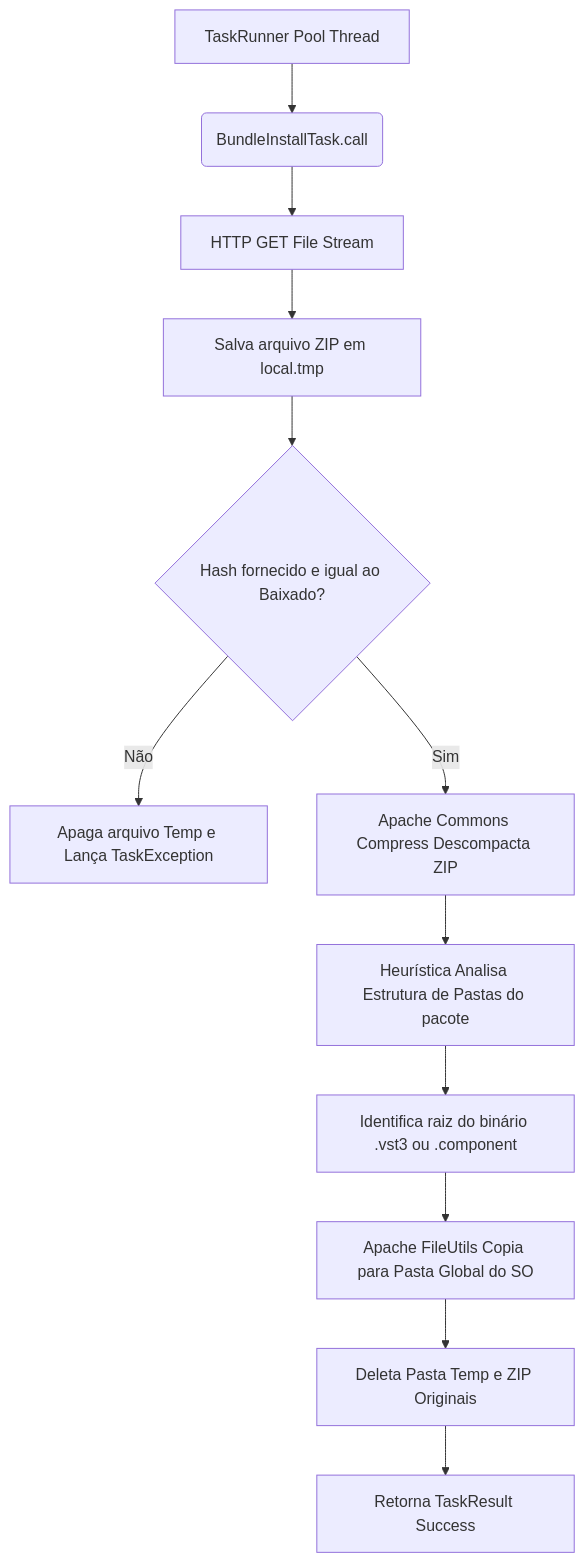
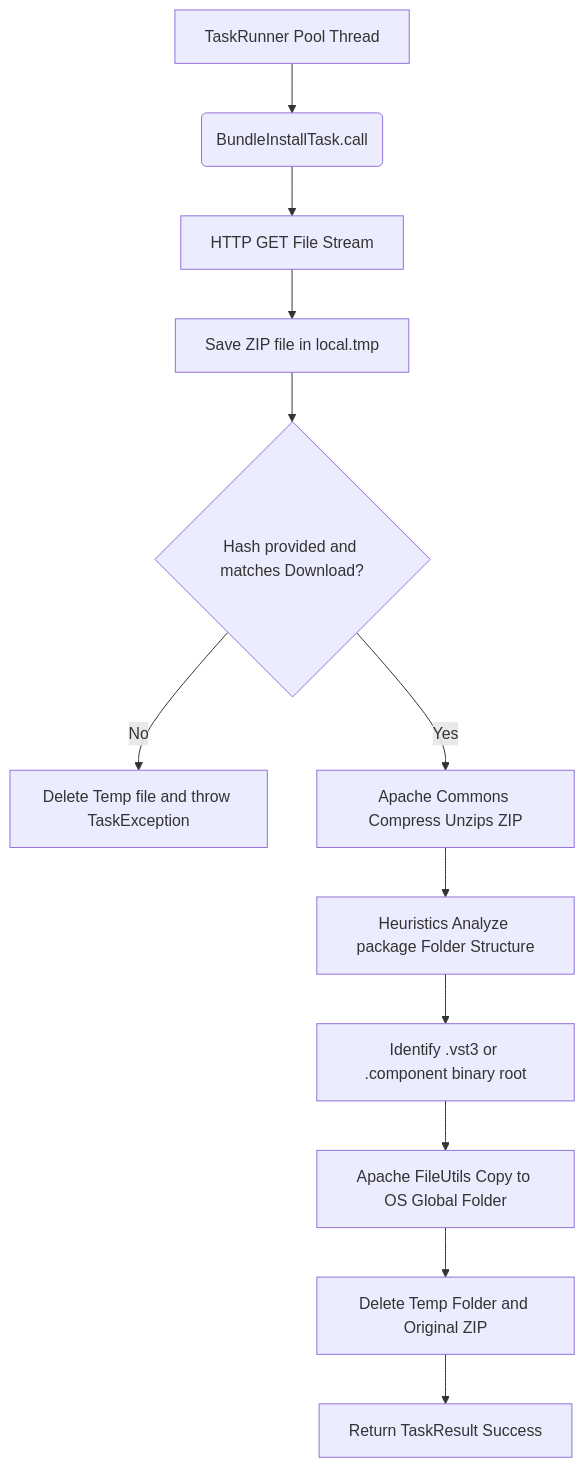
One commit to daniel-chiuratto-seabra/OwlPlug changed diagram 14 of 15 in docs/full-forensic-technical-documentation.md. Above: the diagram before and after it, drawn with Mermaid. The commit also changed other lines of this file, not shown here.

````diff
--- a/docs/full-forensic-technical-documentation.md
+++ b/docs/full-forensic-technical-documentation.md
@@ -535,14 +535,14 @@
 ```mermaid
 flowchart TD
     A[TaskRunner Pool Thread] --> B(BundleInstallTask.call)
     B --> C[HTTP GET File Stream]
-    C --> D[Salva arquivo ZIP em local.tmp]
-    D --> E{Hash fornecido e igual ao Baixado?}
-    E -- Não --> F[Apaga arquivo Temp e Lança TaskException]
-    E -- Sim --> G[Apache Commons Compress Descompacta ZIP]
-    G --> H[Heurística Analisa Estrutura de Pastas do pacote]
-    H --> I[Identifica raiz do binário .vst3 ou .component]
-    I --> J[Apache FileUtils Copia para Pasta Global do SO]
-    J --> K[Deleta Pasta Temp e ZIP Originais]
-    K --> L[Retorna TaskResult Success]
+    C --> D[Save ZIP file in local.tmp]
+    D --> E{Hash provided and matches Download?}
+    E -- No --> F[Delete Temp file and throw TaskException]
+    E -- Yes --> G[Apache Commons Compress Unzips ZIP]
+    G --> H[Heuristics Analyze package Folder Structure]
+    H --> I[Identify .vst3 or .component binary root]
+    I --> J[Apache FileUtils Copy to OS Global Folder]
+    J --> K[Delete Temp Folder and Original ZIP]
+    K --> L[Return TaskResult Success]
 ```
````
